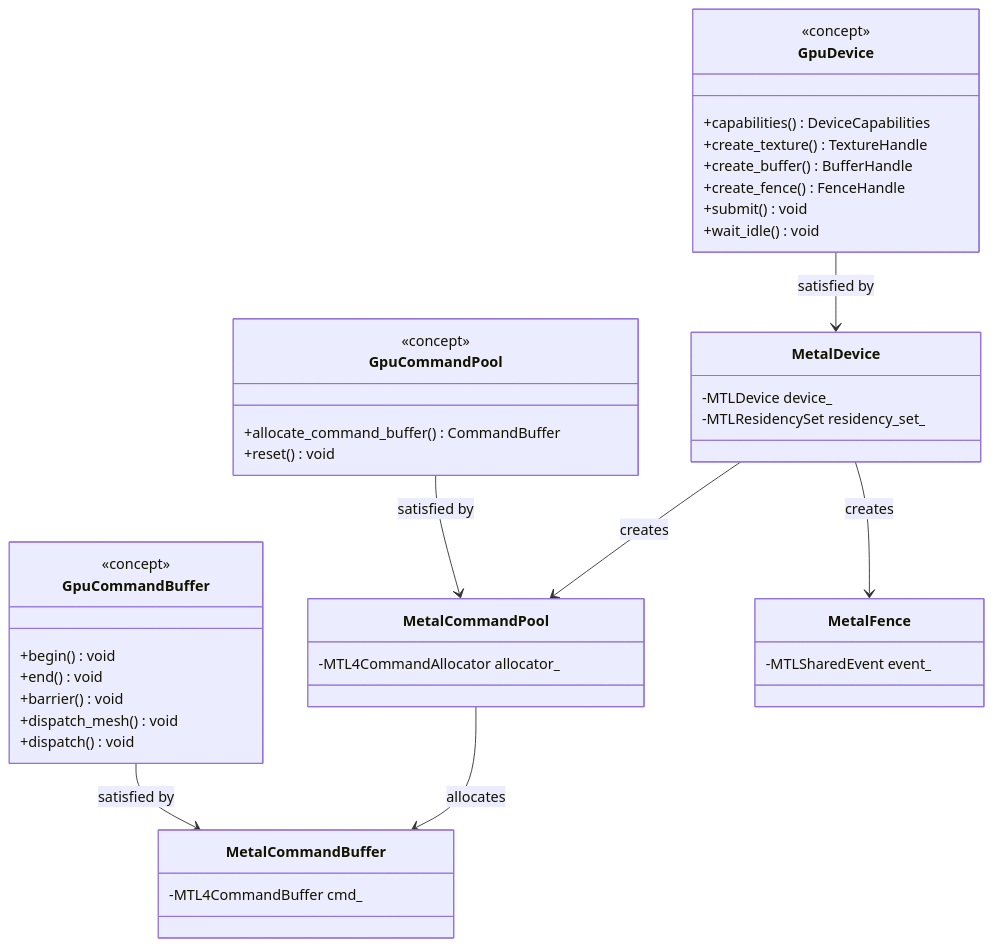
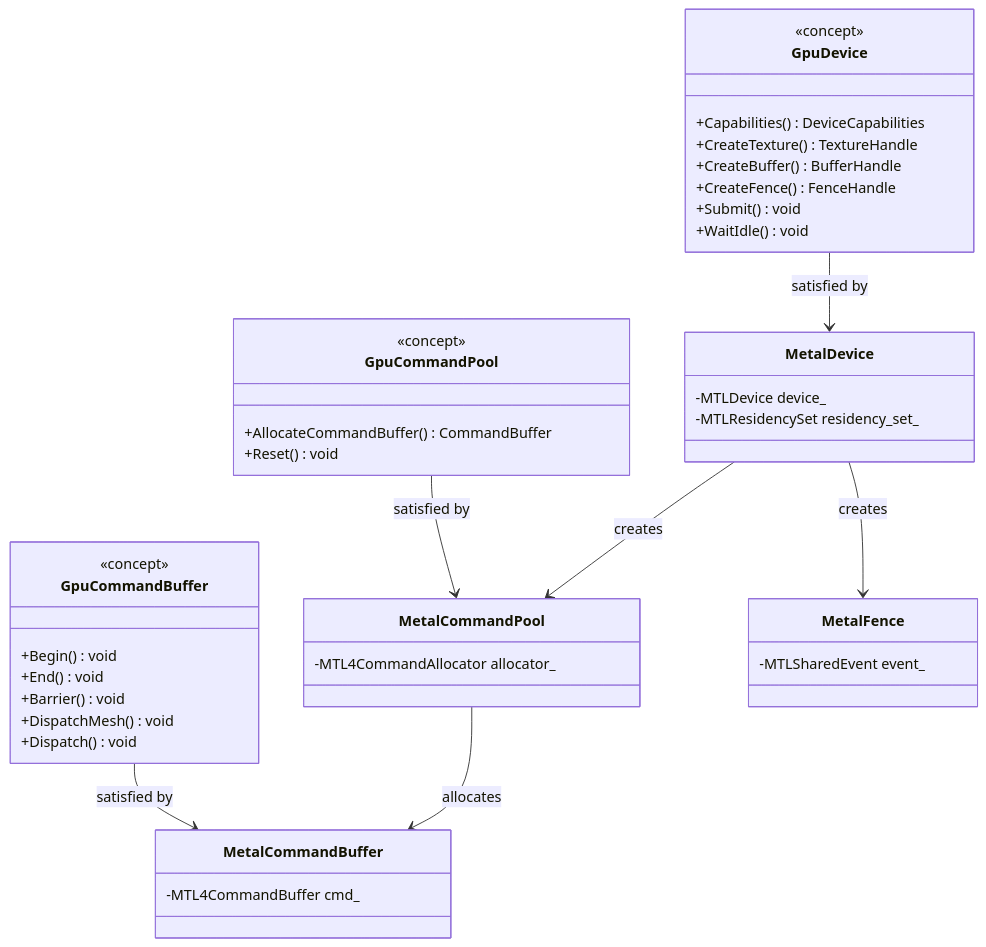
One commit to harmonius-dev/harmonius changed the second of 7 diagrams in docs/design/gpu-backend-metal-classes.md. Above: the diagram before and after it, drawn with Mermaid. The commit also changed other lines of this file and 67 other files, not shown here.

````diff
--- a/docs/design/gpu-backend-metal-classes.md
+++ b/docs/design/gpu-backend-metal-classes.md
@@ -142,44 +142,44 @@
 ```mermaid
 classDiagram
     class GpuDevice {
         <<concept>>
-        +capabilities() DeviceCapabilities
-        +create_texture() TextureHandle
-        +create_buffer() BufferHandle
-        +create_fence() FenceHandle
-        +submit() void
-        +wait_idle() void
+        +Capabilities() DeviceCapabilities
+        +CreateTexture() TextureHandle
+        +CreateBuffer() BufferHandle
+        +CreateFence() FenceHandle
+        +Submit() void
+        +WaitIdle() void
     }
     class GpuCommandBuffer {
         <<concept>>
-        +begin() void
-        +end() void
-        +barrier() void
-        +dispatch_mesh() void
-        +dispatch() void
+        +Begin() void
+        +End() void
+        +Barrier() void
+        +DispatchMesh() void
+        +Dispatch() void
     }
     class GpuCommandPool {
         <<concept>>
-        +allocate_command_buffer() CommandBuffer
-        +reset() void
+        +AllocateCommandBuffer() CommandBuffer
+        +Reset() void
     }
     class MetalDevice {
         -MTLDevice device_
         -MTLResidencySet residency_set_
     }
     class MetalCommandBuffer {
         -MTL4CommandBuffer cmd_
     }
     class MetalCommandPool {
         -MTL4CommandAllocator allocator_
     }
     class MetalFence {
         -MTLSharedEvent event_
     }
     GpuDevice --> MetalDevice : satisfied by
     GpuCommandBuffer --> MetalCommandBuffer : satisfied by
     GpuCommandPool --> MetalCommandPool : satisfied by
     MetalDevice --> MetalCommandPool : creates
     MetalCommandPool --> MetalCommandBuffer : allocates
     MetalDevice --> MetalFence : creates
 ```
````
